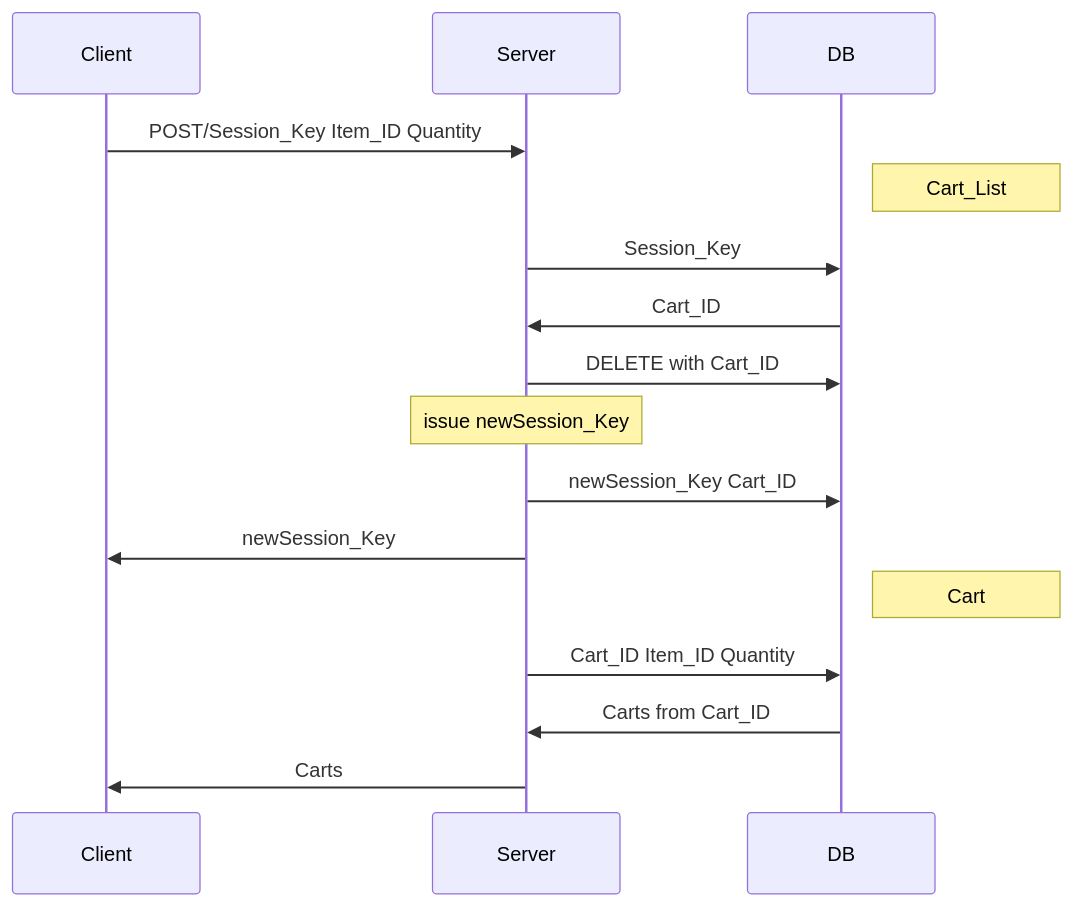
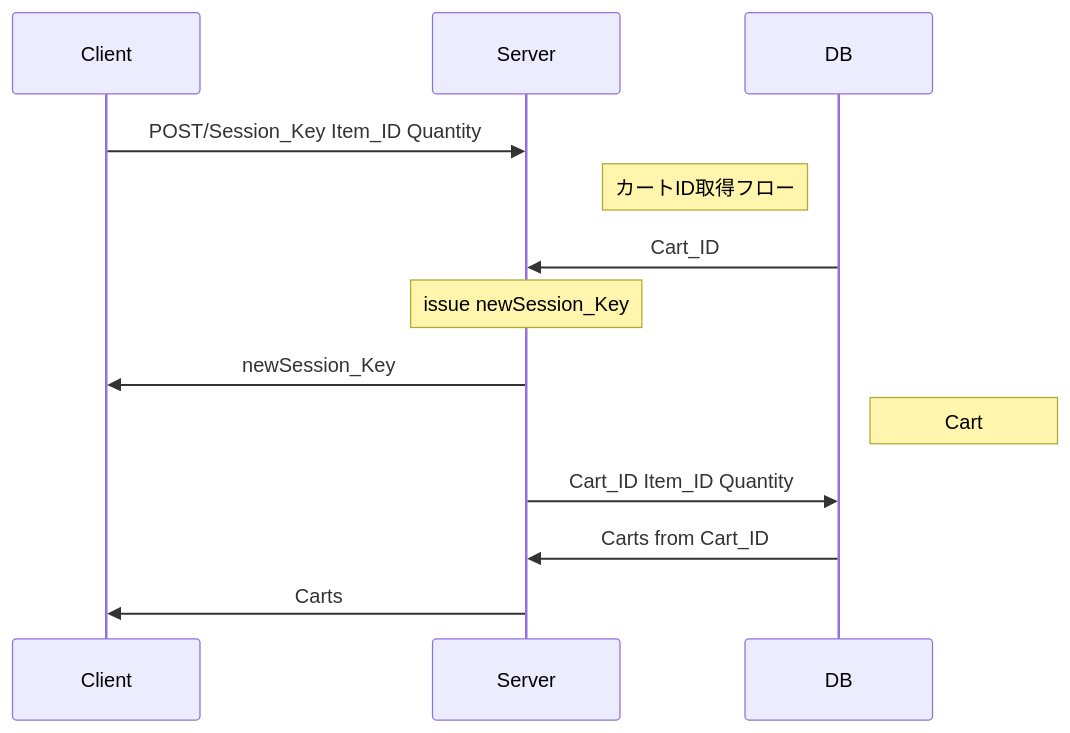
Before and after one commit to WhatACotton/CharisWorks-BackEnd: the fifth of 6 diagrams in README.md, drawn with Mermaid. The commit also changed other lines of this file and 14 other files, not shown here.

````diff
--- a/README.md
+++ b/README.md
@@ -71,19 +86,17 @@
 ```mermaid
 sequenceDiagram
 participant Client
 participant Server
 participant DB
 
 Client ->> Server:POST/Session_Key Item_ID Quantity
-Note right of DB:Cart_List
-Server ->> DB:Session_Key
+Note left of DB:カートID取得フロー
 DB ->> Server:Cart_ID　
-Server ->> DB:DELETE with Cart_ID
+
 Note over Server:issue newSession_Key
-Server ->> DB:newSession_Key Cart_ID
 Server ->> Client:newSession_Key
 Note right of DB:Cart
 Server ->> DB:Cart_ID Item_ID Quantity
 DB ->> Server:Carts from Cart_ID
 Server ->> Client:Carts
 ```
````
